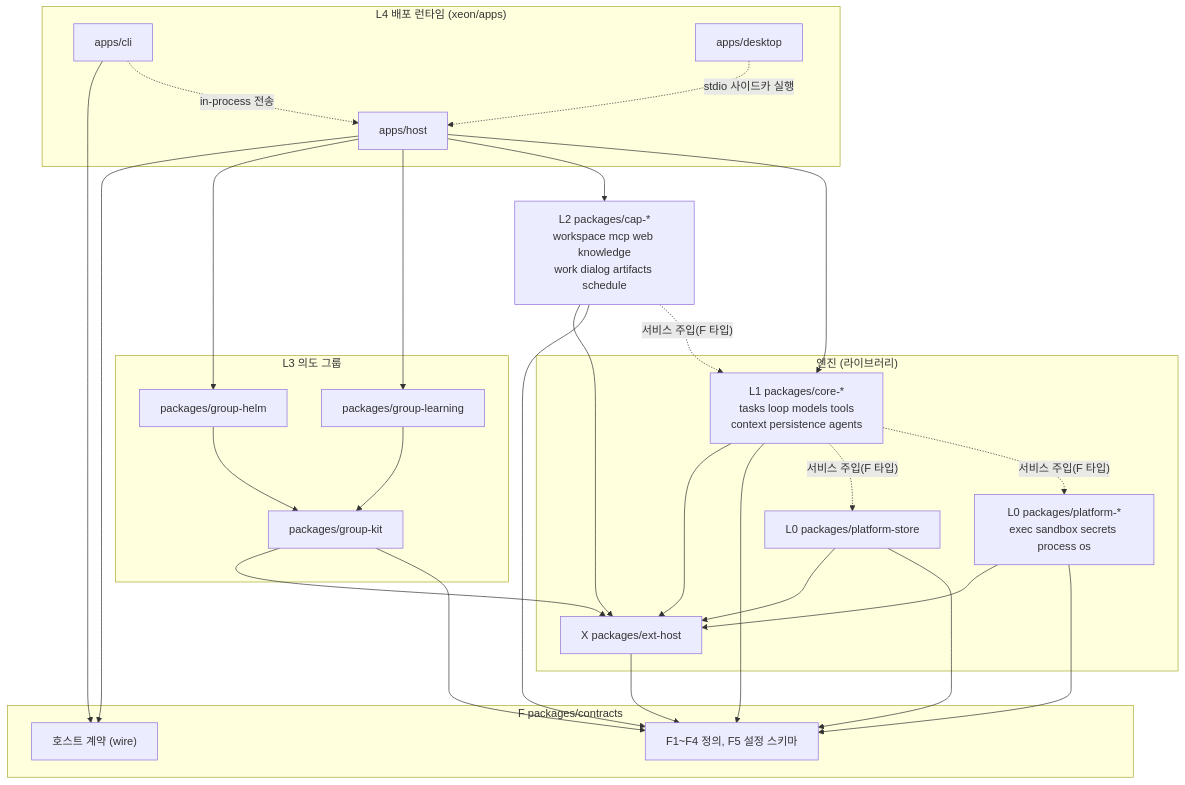
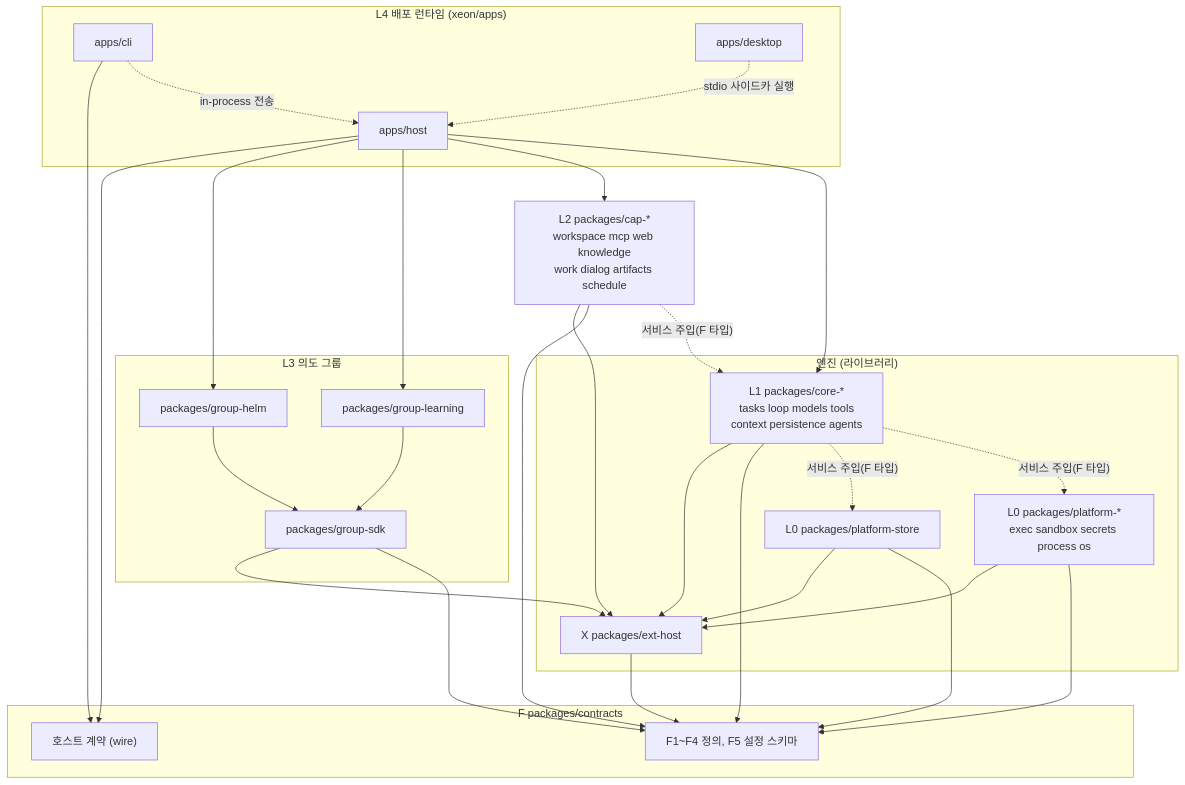
The diagram in docs/xeon/architecture/overview/spec.md (Rengod95/Helm-Agent_Docs_OS), drawn with Mermaid before and after one commit. The commit also changed other lines of this file and 328 other files, not shown here.

````diff
--- a/docs/xeon/architecture/overview/spec.md
+++ b/docs/xeon/architecture/overview/spec.md
@@ -100,49 +100,49 @@
 ```mermaid
 flowchart TB
   subgraph L4["L4 배포 런타임 (xeon/apps)"]
     cli["apps/cli"]
     desktop["apps/desktop"]
     host["apps/host"]
   end
   subgraph L3["L3 의도 그룹"]
     ghelm["packages/group-helm"]
     glearn["packages/group-learning"]
-    gkit["packages/group-kit"]
+    gkit["packages/group-sdk"]
   end
   cap["L2 packages/cap-*<br/>workspace mcp web knowledge<br/>work dialog artifacts schedule"]
   subgraph ENGINE["엔진 (라이브러리)"]
     core["L1 packages/core-*<br/>tasks loop models tools<br/>context persistence agents"]
     store["L0 packages/platform-store"]
     plat["L0 packages/platform-*<br/>exec sandbox secrets process os"]
     exthost["X packages/ext-host"]
   end
   subgraph F["F packages/contracts"]
     hostc["호스트 계약 (wire)"]
     fdefs["F1~F4 정의, F5 설정 스키마"]
   end
 
   cli --> hostc
   cli -.->|"in-process 전송"| host
   desktop -.->|"stdio 사이드카 실행"| host
   host --> hostc
   host --> ghelm
   host --> glearn
   host --> cap
   host --> core
   ghelm --> gkit
   glearn --> gkit
   gkit --> exthost
   gkit --> fdefs
   cap --> exthost
   cap --> fdefs
   cap -.->|"서비스 주입(F 타입)"| core
   core --> exthost
   core --> fdefs
   core -.->|"서비스 주입(F 타입)"| store
   core -.->|"서비스 주입(F 타입)"| plat
   store --> exthost
   store --> fdefs
   plat --> exthost
   plat --> fdefs
   exthost --> fdefs
 ```
````
